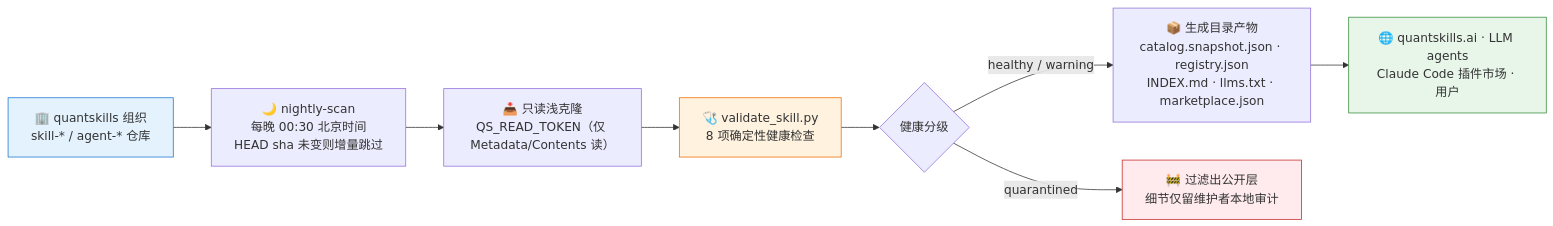
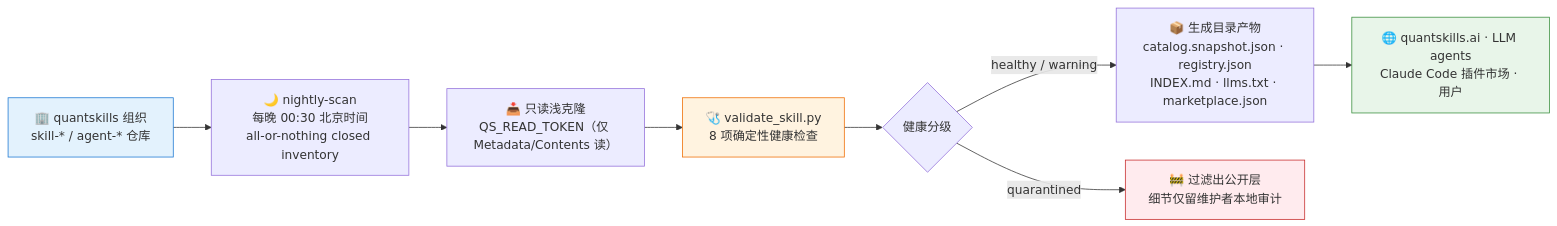
One commit to quantskills/registry changed the diagram in README.md. Above: the diagram before and after it, drawn with Mermaid. The commit also changed other lines of this file and 5 other files, not shown here.

````diff
--- a/README.md
+++ b/README.md
@@ -37,15 +37,15 @@
 ```mermaid
 flowchart LR
-    A["🏢 quantskills 组织<br/>skill-* / agent-* 仓库"] --> B["🌙 nightly-scan<br/>每晚 00:30 北京时间<br/>HEAD sha 未变则增量跳过"]
+    A["🏢 quantskills 组织<br/>skill-* / agent-* 仓库"] --> B["🌙 nightly-scan<br/>每晚 00:30 北京时间<br/>all-or-nothing closed inventory"]
     B --> C["📥 只读浅克隆<br/>QS_READ_TOKEN（仅 Metadata/Contents 读）"]
     C --> D["🩺 validate_skill.py<br/>8 项确定性健康检查"]
     D --> E{"健康分级"}
     E -->|"healthy / warning"| F["📦 生成目录产物<br/>catalog.snapshot.json · registry.json<br/>INDEX.md · llms.txt · marketplace.json"]
     E -->|"quarantined"| G["🚧 过滤出公开层<br/>细节仅留维护者本地审计"]
     F --> H["🌐 quantskills.ai · LLM agents<br/>Claude Code 插件市场 · 用户"]
 
     style A fill:#e3f2fd,stroke:#1976d2
     style D fill:#fff3e0,stroke:#ef6c00
     style G fill:#ffebee,stroke:#c62828
     style H fill:#e8f5e9,stroke:#388e3c
 ```
````
